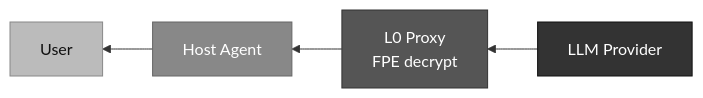
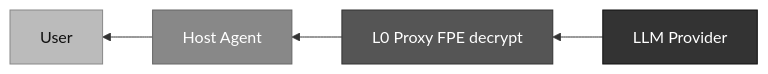
Before and after one commit to OpenObscure/OpenObscure: the seventh of 14 diagrams in ARCHITECTURE.md, drawn with Mermaid. The commit also changed other lines of this file and 1 other file, not shown here.

First line of the commit message:
Remove \n line breaks from mermaid flowchart labels

````diff
--- a/ARCHITECTURE.md
+++ b/ARCHITECTURE.md
@@ -284,11 +284,11 @@
 ```mermaid
 flowchart RL
-    llm["LLM Provider"] --> proxy["L0 Proxy\nFPE decrypt"]
+    llm["LLM Provider"] --> proxy["L0 Proxy FPE decrypt"]
     proxy --> agent["Host Agent"]
     agent --> user["User"]
 
     style llm fill:#333,stroke:#111,color:#fff
     style proxy fill:#555,stroke:#333,color:#fff
     style agent fill:#888,stroke:#666,color:#fff
     style user fill:#bbb,stroke:#888,color:#111
 ```
````
